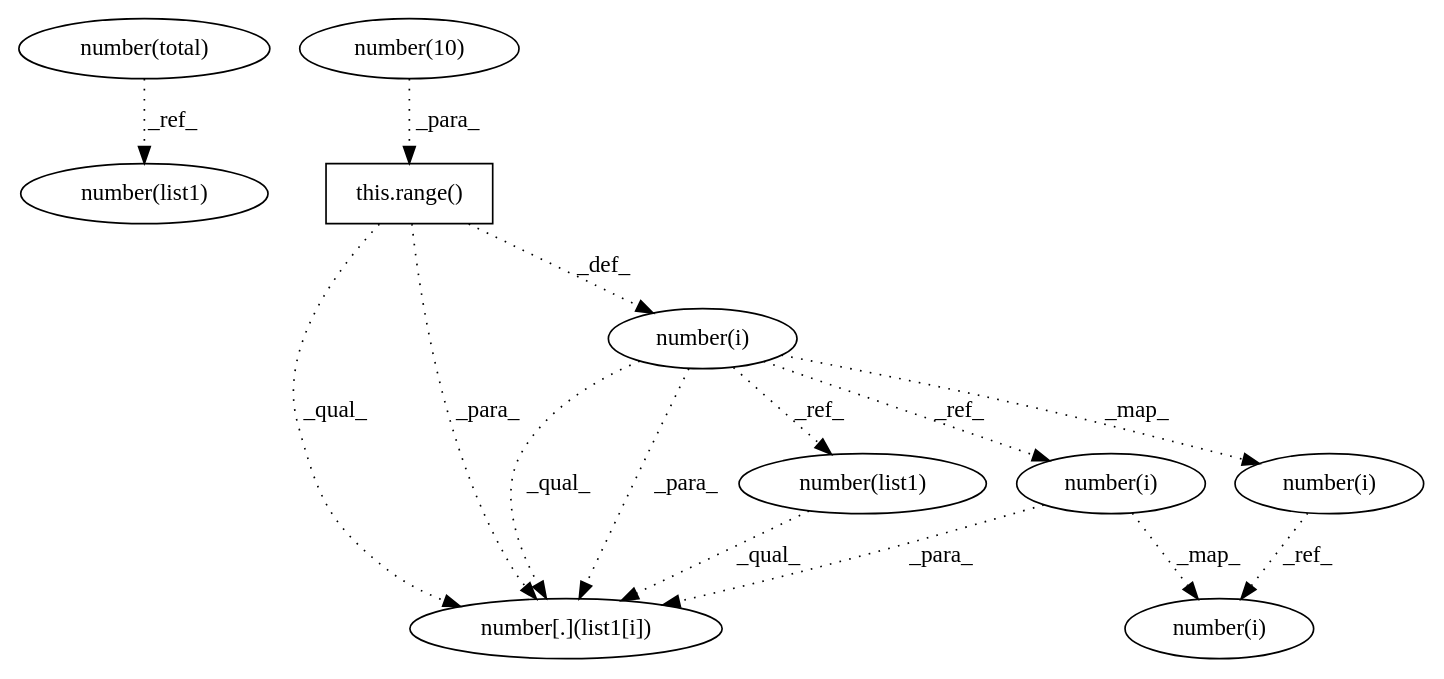
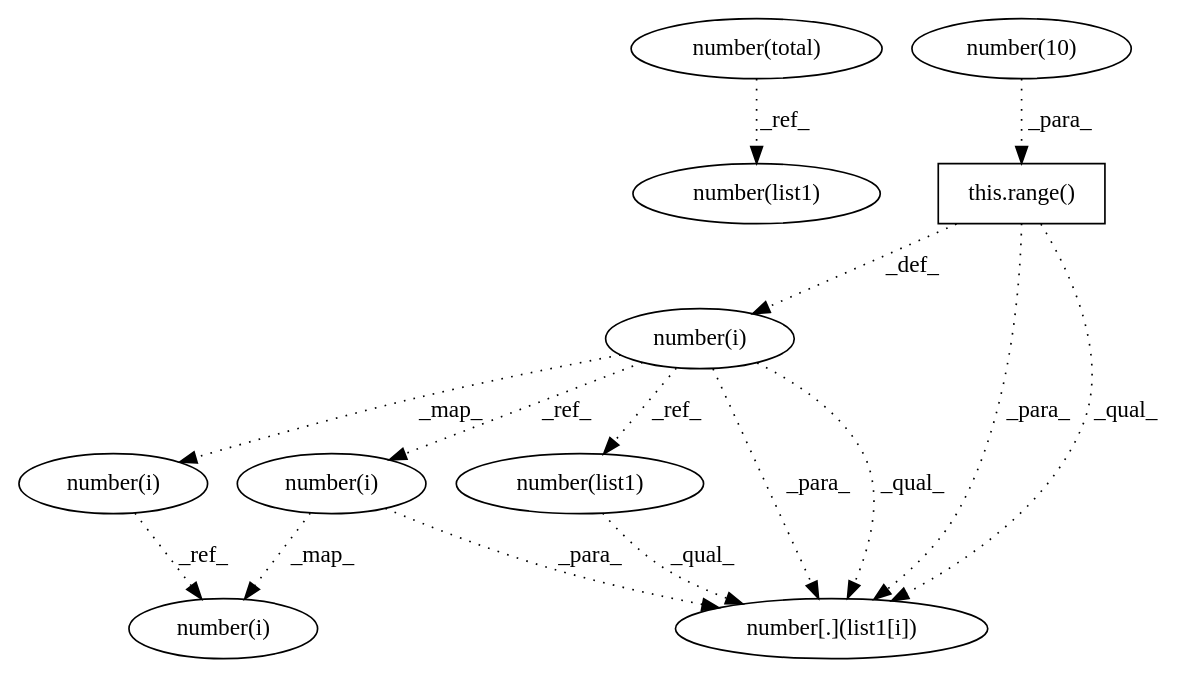
The diagram in AtomicASTChangeMining/OUTPUT/DEBUG/e09e34d2e4246c85e5aed3ad0aeb1cb75908d02a___0.dot (maldil/R-CPATMiner), drawn with Graphviz before and after one commit. The commit also changed 76 other files, not shown here.

```diff
--- a/AtomicASTChangeMining/OUTPUT/DEBUG/e09e34d2e4246c85e5aed3ad0aeb1cb75908d02a___0.dot
+++ b/AtomicASTChangeMining/OUTPUT/DEBUG/e09e34d2e4246c85e5aed3ad0aeb1cb75908d02a___0.dot
@@ -1,26 +1,26 @@
 digraph G {
 1 [label="number(list1)" shape=ellipse]
-2 [label="number[.](list1[i])" shape=ellipse]
+2 [label="number(i)" shape=ellipse]
 3 [label="number(i)" shape=ellipse]
-4 [label="this.range()" shape=box]
-5 [label="number(i)" shape=ellipse]
+4 [label="number(i)" shape=ellipse]
+5 [label="number(10)" shape=ellipse]
 6 [label="number(list1)" shape=ellipse]
 7 [label="number(total)" shape=ellipse]
-8 [label="number(i)" shape=ellipse]
-9 [label="number(10)" shape=ellipse]
+8 [label="this.range()" shape=box]
+9 [label="number[.](list1[i])" shape=ellipse]
 10 [label="number(i)" shape=ellipse]
 7 -> 1 [label="_ref_" style=dotted];
-6 -> 2 [label="_qual_" style=dotted];
-8 -> 2 [label="_para_" style=dotted];
-3 -> 2 [label="_qual_" style=dotted];
-4 -> 2 [label="_qual_" style=dotted];
-3 -> 2 [label="_para_" style=dotted];
-4 -> 2 [label="_para_" style=dotted];
-4 -> 3 [label="_def_" style=dotted];
-9 -> 4 [label="_para_" style=dotted];
-10 -> 5 [label="_ref_" style=dotted];
-8 -> 5 [label="_map_" style=dotted];
+3 -> 2 [label="_map_" style=dotted];
+8 -> 3 [label="_def_" style=dotted];
+3 -> 4 [label="_ref_" style=dotted];
 3 -> 6 [label="_ref_" style=dotted];
-3 -> 8 [label="_ref_" style=dotted];
-3 -> 10 [label="_map_" style=dotted];
+5 -> 8 [label="_para_" style=dotted];
+6 -> 9 [label="_qual_" style=dotted];
+4 -> 9 [label="_para_" style=dotted];
+3 -> 9 [label="_para_" style=dotted];
+8 -> 9 [label="_para_" style=dotted];
+3 -> 9 [label="_qual_" style=dotted];
+8 -> 9 [label="_qual_" style=dotted];
+2 -> 10 [label="_ref_" style=dotted];
+4 -> 10 [label="_map_" style=dotted];
 }
```
